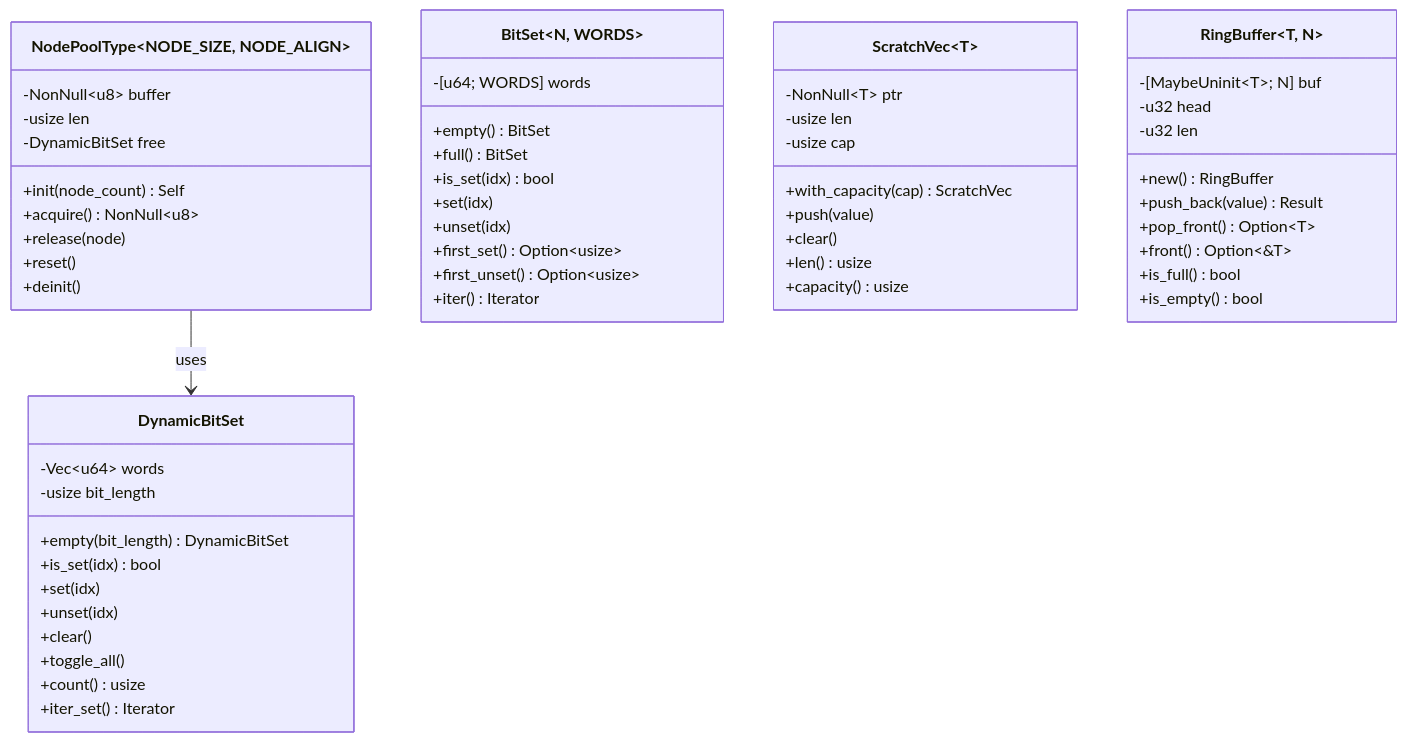
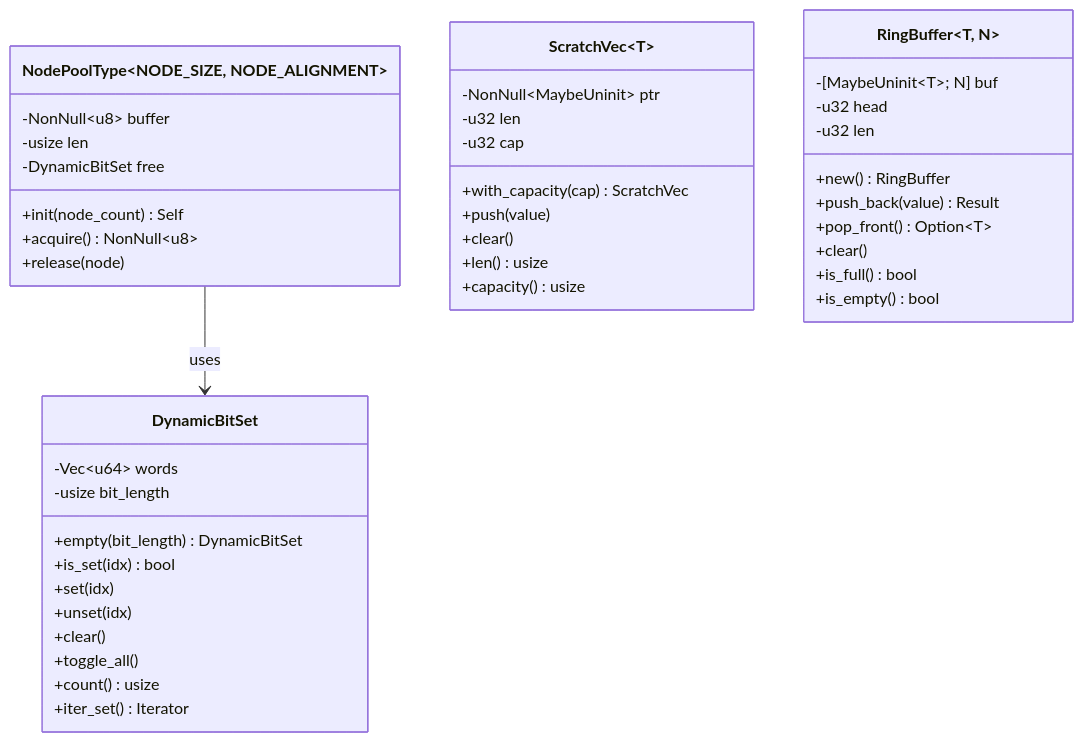
Before and after one commit to ahrav/scratch-scanner-rs: the third of 4 diagrams in docs/data-types.md, drawn with Mermaid. The commit also changed other lines of this file and 9 other files, not shown here.

````diff
--- a/docs/data-types.md
+++ b/docs/data-types.md
@@ -250,65 +284,51 @@
 ```mermaid
 classDiagram
     direction TB
 
-    class NodePoolType~NODE_SIZE, NODE_ALIGN~ {
+    class NodePoolType~NODE_SIZE, NODE_ALIGNMENT~ {
         -NonNull~u8~ buffer
         -usize len
         -DynamicBitSet free
         +init(node_count) Self
         +acquire() NonNull~u8~
         +release(node)
-        +reset()
-        +deinit()
     }
 
     class DynamicBitSet {
         -Vec~u64~ words
         -usize bit_length
         +empty(bit_length) DynamicBitSet
         +is_set(idx) bool
         +set(idx)
         +unset(idx)
         +clear()
         +toggle_all()
         +count() usize
         +iter_set() Iterator
     }
 
-    class BitSet~N, WORDS~ {
-        -[u64; WORDS] words
-        +empty() BitSet
-        +full() BitSet
-        +is_set(idx) bool
-        +set(idx)
-        +unset(idx)
-        +first_set() Option~usize~
-        +first_unset() Option~usize~
-        +iter() Iterator
-    }
-
     class ScratchVec~T~ {
-        -NonNull~T~ ptr
-        -usize len
-        -usize cap
+        -NonNull~MaybeUninit<T>~ ptr
+        -u32 len
+        -u32 cap
         +with_capacity(cap) ScratchVec
         +push(value)
         +clear()
         +len() usize
         +capacity() usize
     }
 
     class RingBuffer~T, N~ {
         -[MaybeUninit~T~; N] buf
         -u32 head
         -u32 len
         +new() RingBuffer
         +push_back(value) Result
         +pop_front() Option~T~
-        +front() Option~&T~
+        +clear()
         +is_full() bool
         +is_empty() bool
     }
 
     NodePoolType --> DynamicBitSet : uses
 ```
````
